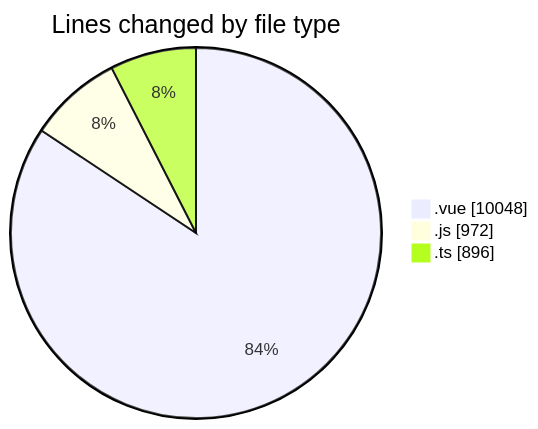
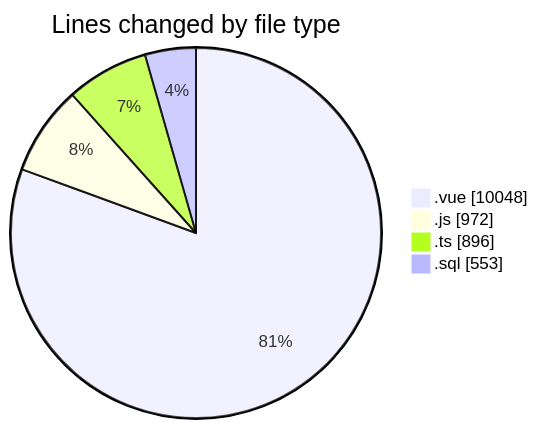
The first of 2 diagrams in 2025-08-13/rentotp/README.md (lephambinh05/code-tracking), drawn with Mermaid before and after one commit. The commit also changed other lines of this file and 1 other file, not shown here.

````diff
--- a/2025-08-13/rentotp/README.md
+++ b/2025-08-13/rentotp/README.md
@@ -40,7 +41,8 @@
 ```mermaid
 pie showData
 title Lines changed by file type
 ".vue" : 10048
 ".js" : 972
 ".ts" : 896
+".sql" : 553
 ```
````
